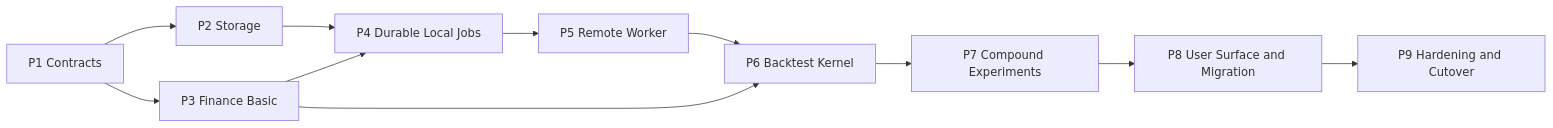
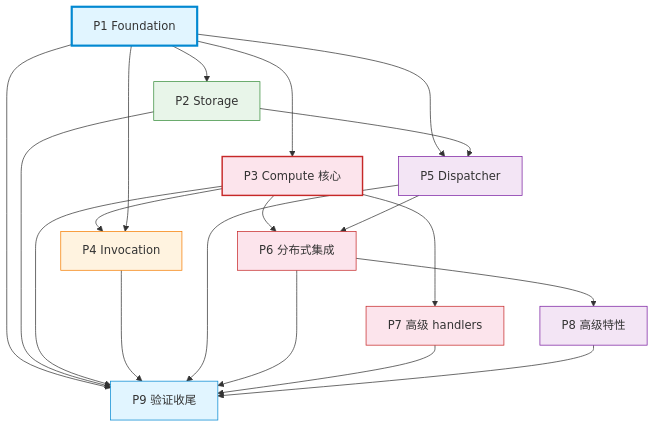
One commit to RESBI/StockStatistic changed the diagram in V31design/realizeV31/README.md. Above: the diagram before and after it, drawn with Mermaid. The commit also changed other lines of this file and 27 other files, not shown here.

First line of the commit message:
Overwrite V31design with finalized V3.1 architecture docs + implementation reports

````diff
--- a/V31design/realizeV31/README.md
+++ b/V31design/realizeV31/README.md
@@ -44,13 +44,41 @@
 ```mermaid
-flowchart LR
-    P1[P1 Contracts] --> P2[P2 Storage]
-    P1 --> P3[P3 Finance Basic]
-    P2 --> P4[P4 Durable Local Jobs]
+graph TB
+    P1[P1 Foundation]
+    P2[P2 Storage]
+    P3[P3 Compute 核心]
+    P4[P4 Invocation]
+    P5[P5 Dispatcher]
+    P6[P6 分布式集成]
+    P7[P7 高级 handlers]
+    P8[P8 高级特性]
+    P9[P9 验证收尾]
+
+    P1 --> P2
+    P1 --> P3
     P3 --> P4
-    P4 --> P5[P5 Remote Worker]
-    P3 --> P6[P6 Backtest Kernel]
+    P1 --> P4
+    P1 --> P5
+    P2 --> P5
+    P3 --> P6
     P5 --> P6
-    P6 --> P7[P7 Compound Experiments]
-    P7 --> P8[P8 User Surface and Migration]
-    P8 --> P9[P9 Hardening and Cutover]
+    P3 --> P7
+    P6 --> P8
+    P1 --> P9
+    P2 --> P9
+    P3 --> P9
+    P4 --> P9
+    P5 --> P9
+    P6 --> P9
+    P7 --> P9
+    P8 --> P9
+
+    style P1 fill:#e1f5ff,stroke:#0288d1,stroke-width:3px
+    style P2 fill:#e8f5e9,stroke:#388e3c
+    style P3 fill:#fce4ec,stroke:#c62828,stroke-width:2px
+    style P4 fill:#fff3e0,stroke:#f57c00
+    style P5 fill:#f3e5f5,stroke:#7b1fa2
+    style P6 fill:#fce4ec,stroke:#c62828
+    style P7 fill:#fce4ec,stroke:#c62828
+    style P8 fill:#f3e5f5,stroke:#7b1fa2
+    style P9 fill:#e1f5ff,stroke:#0288d1
 ```
````
